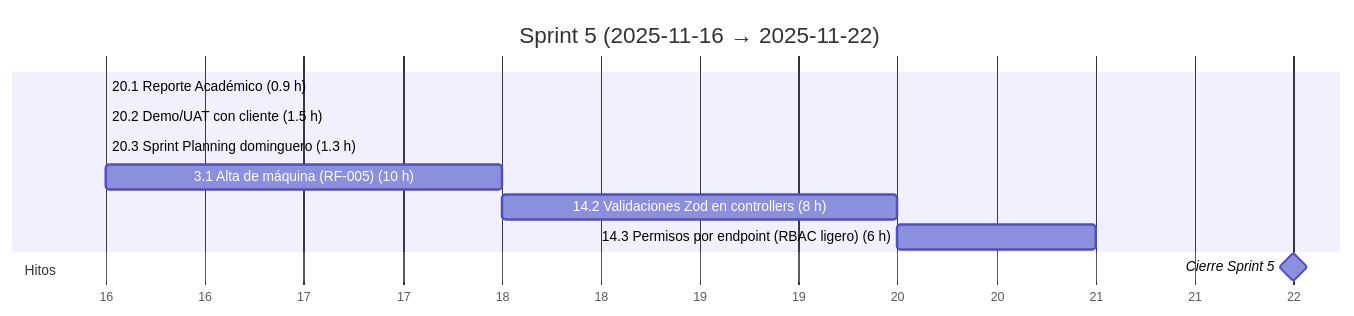
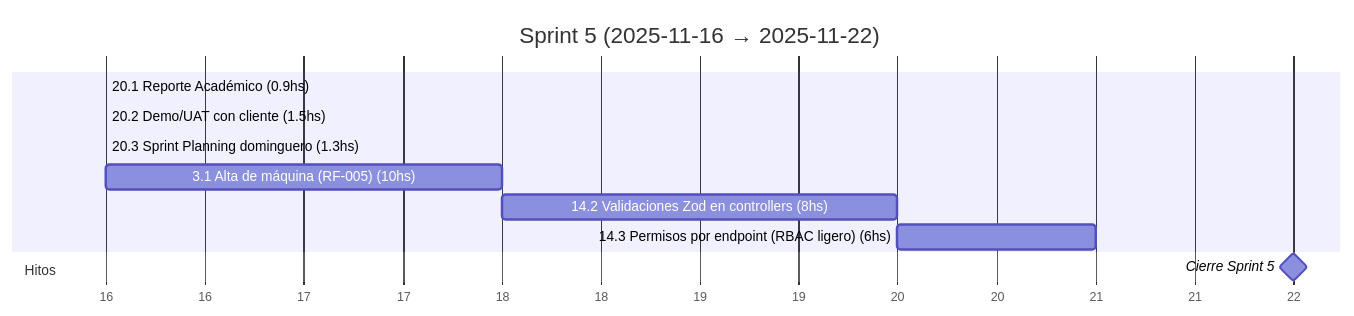
One commit to MarkMed/FleetMan changed the sixth of 17 diagrams in docs/SprintsGantts.md. Above: the diagram before and after it, drawn with Mermaid. The commit also changed other lines of this file, not shown here.

Commit message:
Update Gantt chart documentation to standardize time format from hours to hours (hs)

````diff
--- a/docs/SprintsGantts.md
+++ b/docs/SprintsGantts.md
@@ -154,18 +153,18 @@
 ```mermaid
 gantt
   title Sprint 5 (2025-11-16 → 2025-11-22)
   dateFormat  YYYY-MM-DD
   axisFormat  %d
 
   %% Asumimos 5 h/día. Horas estimadas incluidas en el nombre.
 
-  20.1 Reporte Académico (0.9 h)               :t201, 2025-11-16, 0.2d
-  20.2 Demo/UAT con cliente (1.5 h)            :t202, after t201, 0.3d
-  20.3 Sprint Planning dominguero (1.3 h)      :t203, after t202, 0.3d
-  3.1 Alta de máquina (RF-005) (10 h)          :t31, after t203, 2d
-  14.2 Validaciones Zod en controllers (8 h)   :t142, after t31, 1.6d
-  14.3 Permisos por endpoint (RBAC ligero) (6 h) :t143, after t142, 1.2d
+  20.1 Reporte Académico (0.9hs)               :t201, 2025-11-16, 0.2d
+  20.2 Demo/UAT con cliente (1.5hs)            :t202, after t201, 0.3d
+  20.3 Sprint Planning dominguero (1.3hs)      :t203, after t202, 0.3d
+  3.1 Alta de máquina (RF-005) (10hs)          :t31, after t203, 2d
+  14.2 Validaciones Zod en controllers (8hs)   :t142, after t31, 1.6d
+  14.3 Permisos por endpoint (RBAC ligero) (6hs) :t143, after t142, 1.2d
 
   section Hitos
   Cierre Sprint 5                              :milestone, s5, 2025-11-22, 0d
 ```
````
